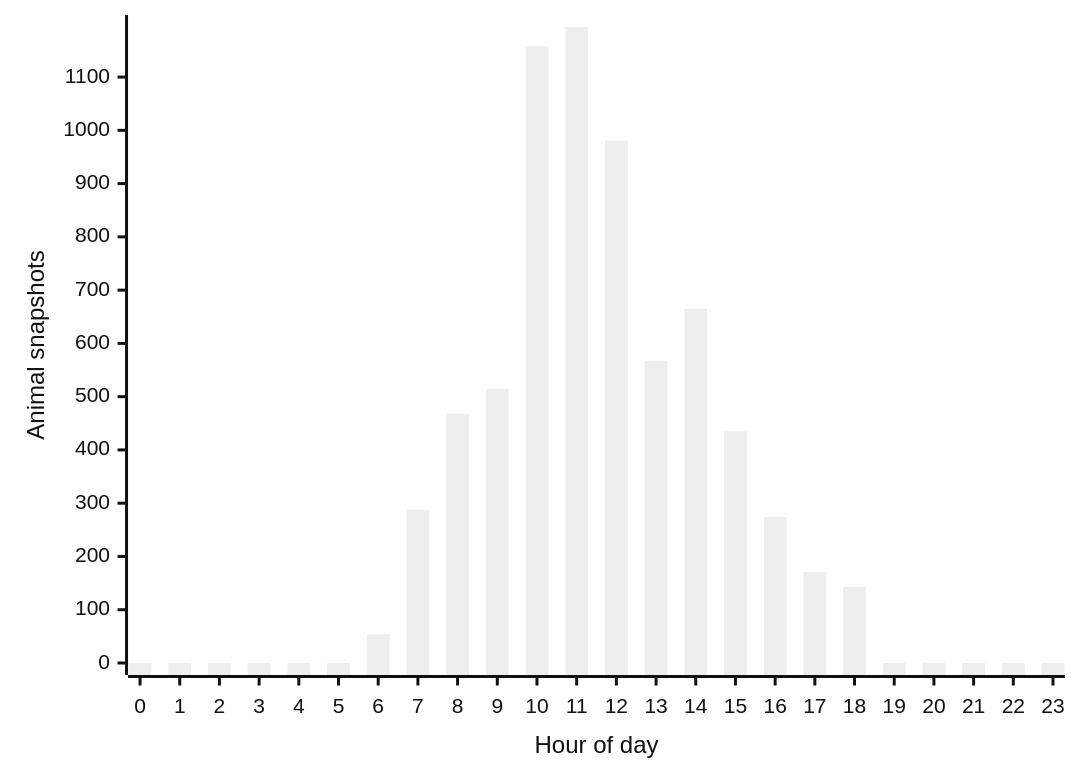
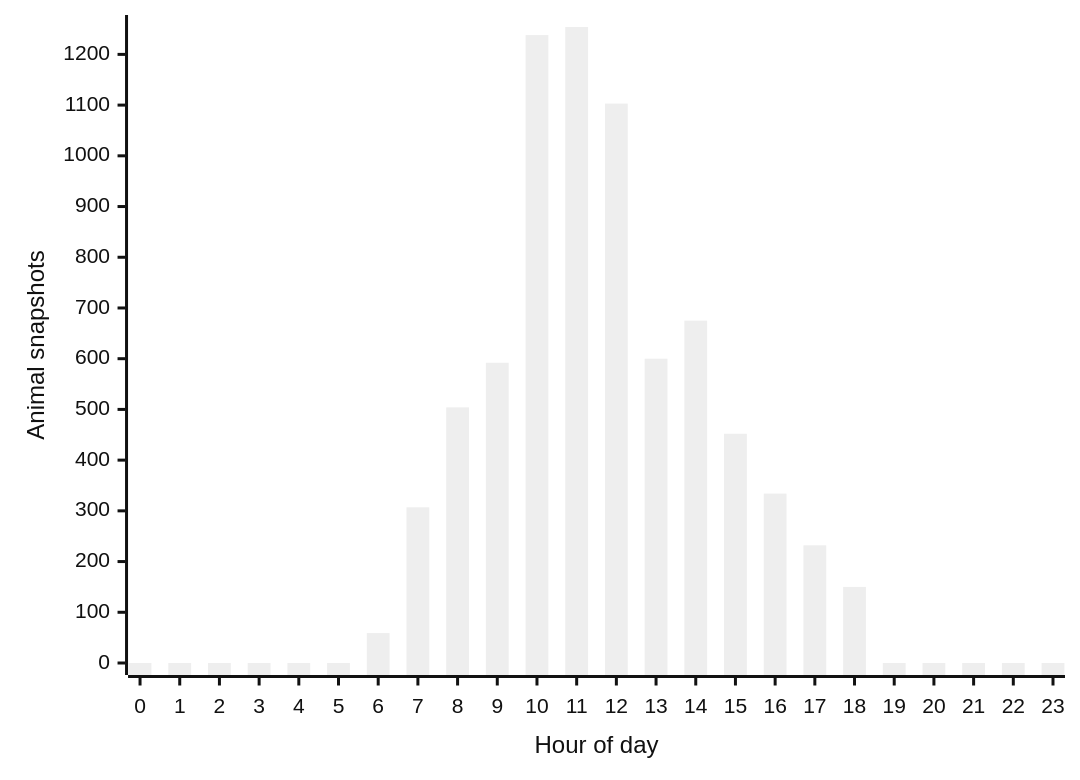
The second of 3 diagrams in README.md (joshuafrommeyer-35/PierTracker), drawn with Mermaid (neutral theme) before and after one commit. The commit also changed other lines of this file and 7 other files, not shown here.

````diff
--- a/README.md
+++ b/README.md
@@ -137,6 +140,6 @@
 ```mermaid
 xychart-beta
     x-axis "Hour of day" [0, 1, 2, 3, 4, 5, 6, 7, 8, 9, 10, 11, 12, 13, 14, 15, 16, 17, 18, 19, 20, 21, 22, 23]
     y-axis "Animal snapshots"
-    bar [0, 0, 0, 0, 0, 0, 54, 288, 468, 515, 1158, 1194, 981, 567, 665, 435, 274, 171, 143, 0, 0, 0, 0, 0]
+    bar [0, 0, 0, 0, 0, 0, 59, 307, 504, 592, 1238, 1254, 1103, 600, 675, 452, 334, 232, 150, 0, 0, 0, 0, 0]
 ```
````
